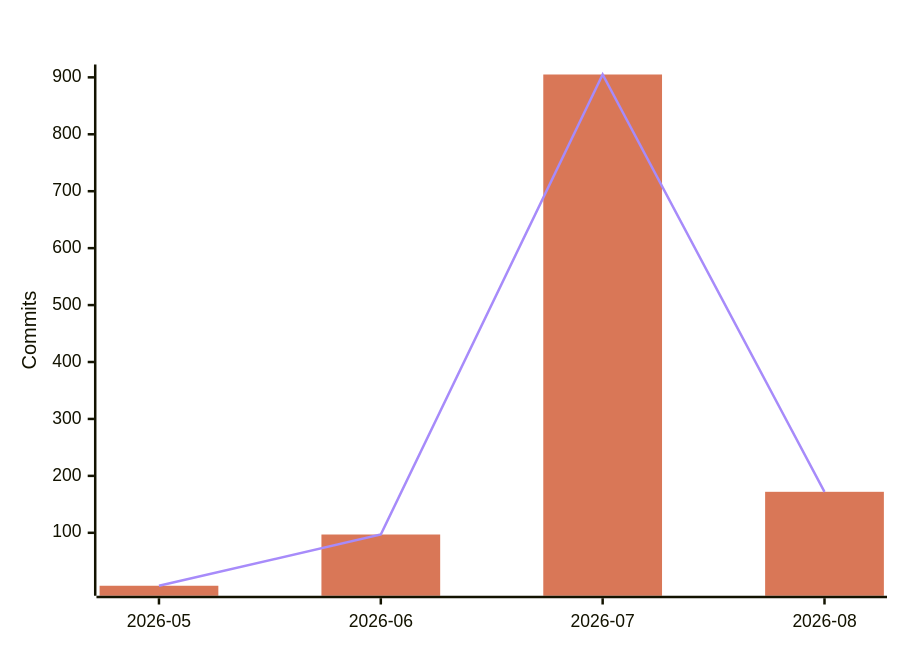
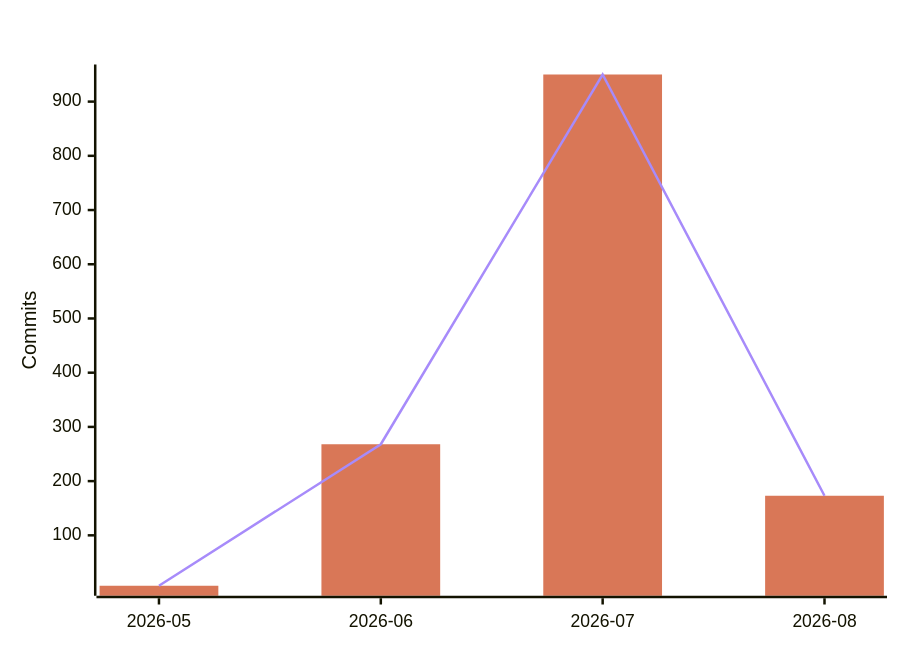
Before and after one commit to polo-nyan/polo-nyan: the fourth of 7 diagrams in README.md, drawn with Mermaid. The commit also changed other lines of this file and 1 other file, not shown here.

````diff
--- a/README.md
+++ b/README.md
@@ -294,9 +294,9 @@
 ```mermaid
 %%{init: {"xyChart": {"titleColor": "#ffffff", "xAxisLabelColor": "#ffffff", "yAxisLabelColor": "#ffffff"}, "themeVariables": {"xyChart": {"titleColor": "#ffffff", "plotColorPalette": "#d97757, #a78bfa"}}}}%%
 xychart-beta
     title "AI-Assisted Commits Per Month"
     x-axis ["2026-05", "2026-06", "2026-07", "2026-08"]
     y-axis "Commits"
-    bar [7, 97, 905, 172]
-    line [7, 97, 905, 172]
+    bar [7, 268, 950, 173]
+    line [7, 268, 950, 173]
 ```
````
